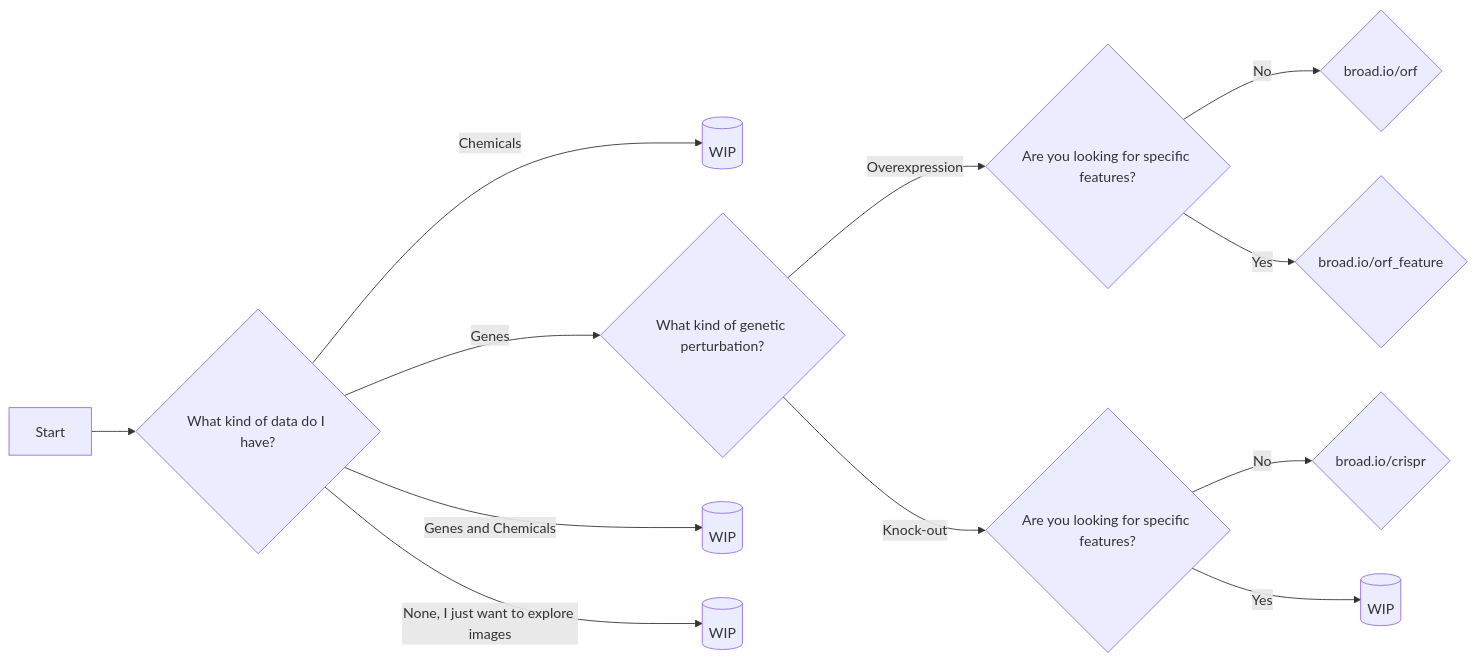
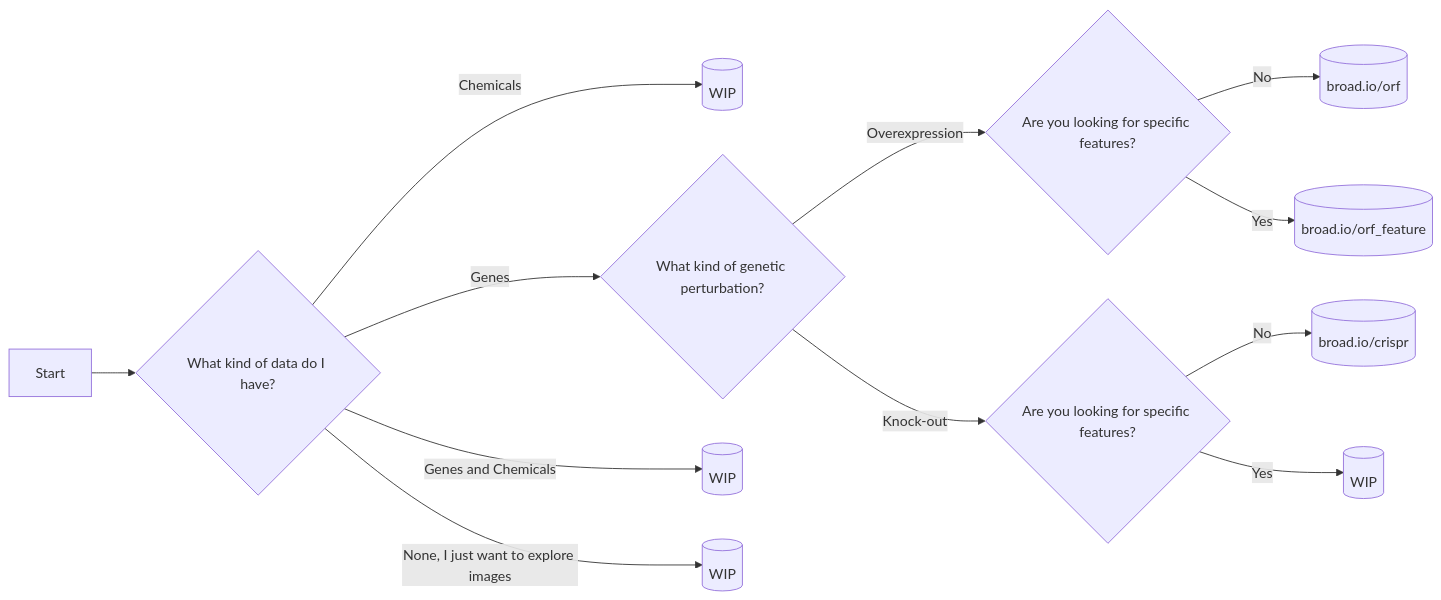
The diagram in libs/jump_rr/README.md (broadinstitute/monorepo), drawn with Mermaid before and after one commit.

Commit message:
docs(rr): change diagram endpoints

````diff
--- a/libs/jump_rr/README.md
+++ b/libs/jump_rr/README.md
@@ -17,14 +17,14 @@
 ```mermaid
 flowchart LR
     A[Start] --> B{What kind of data do I have?}
     B -- Chemicals --> C[(WIP)]
     B -- Genes --> D{What kind of genetic perturbation?}
     B -- Genes and Chemicals --> asd[(WIP)]
     B -- None, I just want to explore images --> images[(WIP)]
     D -- Overexpression --> orf{Are you looking for specific features?}
     D -- Knock-out --> crispr{Are you looking for specific features?}
-    orf -- No -->  F{broad.io/orf}
-    orf -- Yes -->  G{broad.io/orf_feature}
-    crispr -- No -->  H{broad.io/crispr}
+    orf -- No -->  F[(broad.io/orf)]
+    orf -- Yes -->  G[(broad.io/orf_feature)]
+    crispr -- No -->  H[(broad.io/crispr)]
     crispr -- Yes --> I[(WIP)]
 ```
````
